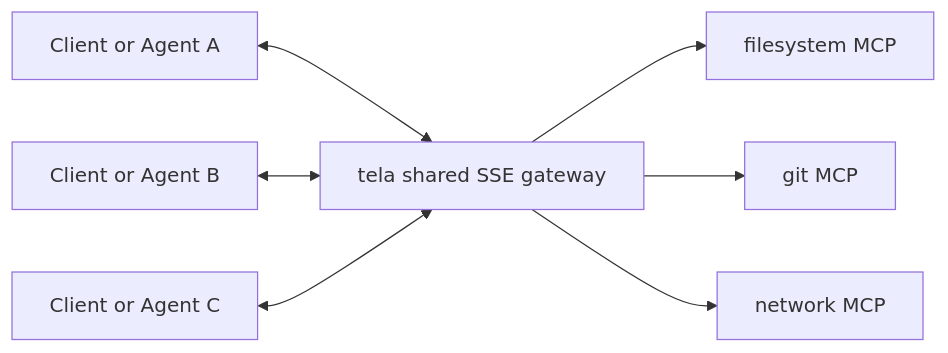
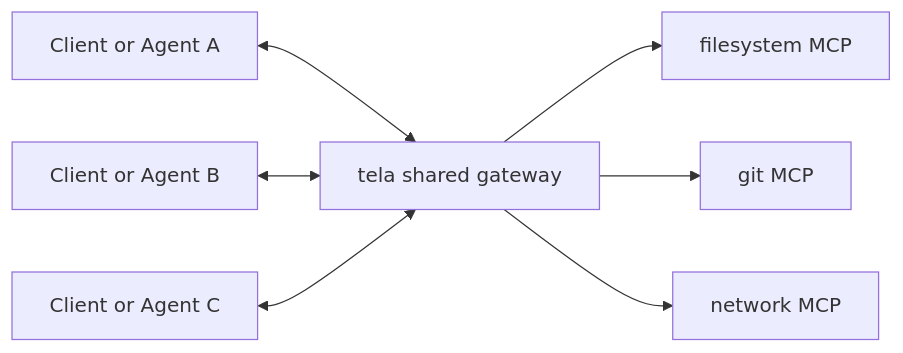
Before and after one commit to Tefx/mcp-tela: the second of 2 diagrams in README.md, drawn with Mermaid. The commit also changed other lines of this file and 3 other files, not shown here.

````diff
--- a/README.md
+++ b/README.md
@@ -198,9 +203,9 @@
 ```mermaid
 flowchart LR
-  A[Client or Agent A] <--> T[tela shared SSE gateway]
+  A[Client or Agent A] <--> T[tela shared gateway]
   B[Client or Agent B] <--> T
   C[Client or Agent C] <--> T
   T --> FS[filesystem MCP]
   T --> GT[git MCP]
   T --> NT[network MCP]
 ```
````
